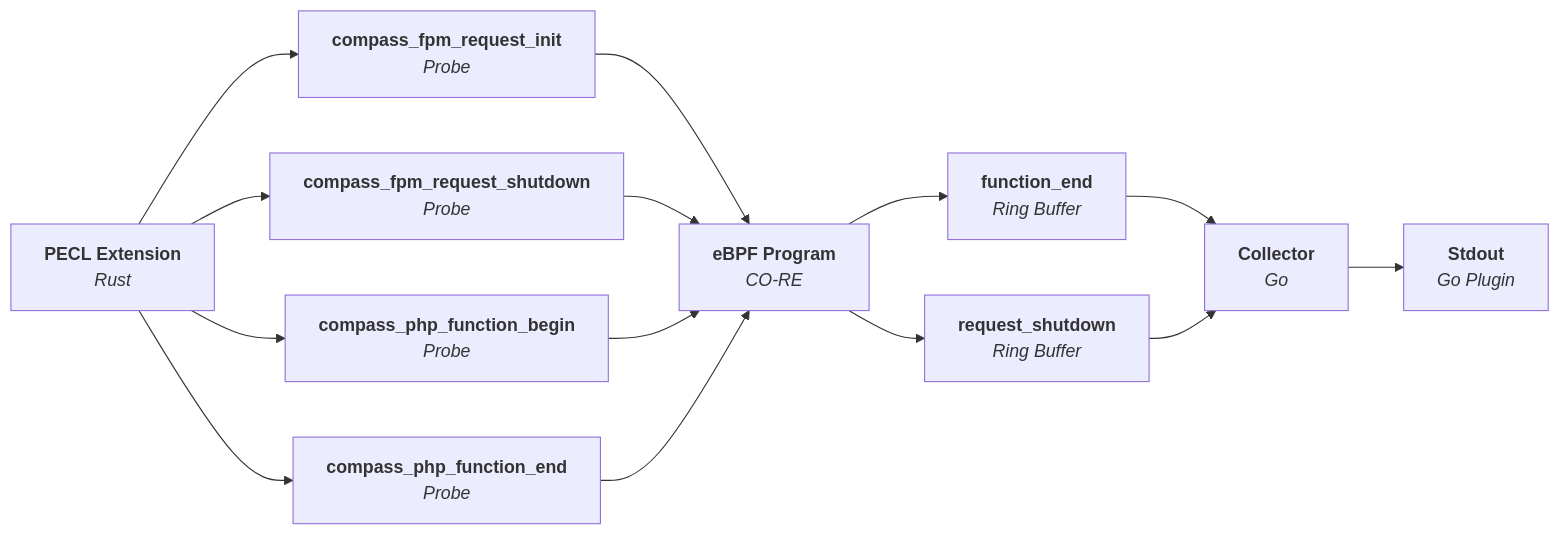
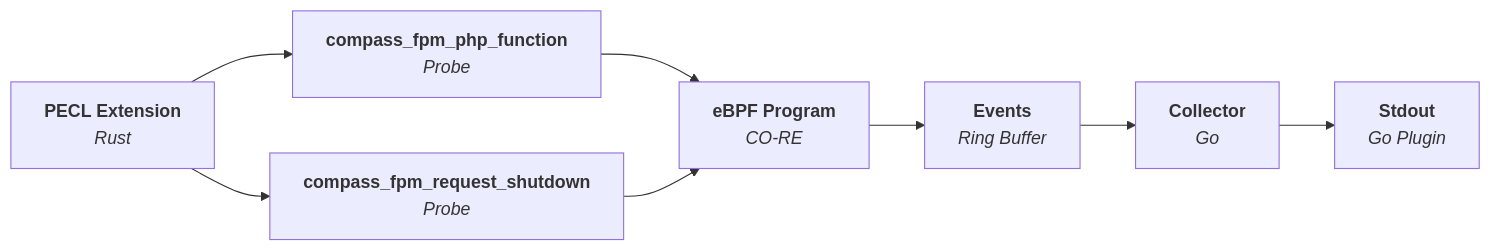
One commit to skpr/compass changed the diagram in README.md. Above: the diagram before and after it, drawn with Mermaid.

````diff
--- a/README.md
+++ b/README.md
@@ -14,20 +14,14 @@
 ```mermaid
 flowchart LR
-   Extension[<b>PECL Extension</b>\n<i>Rust</i>] --> compass_fpm_request_init[<b>compass_fpm_request_init</b>\n<i>Probe</i>]
+   Extension[<b>PECL Extension</b>\n<i>Rust</i>] --> compass_fpm_php_function[<b>compass_fpm_php_function</b>\n<i>Probe</i>]
    Extension --> compass_fpm_request_shutdown[<b>compass_fpm_request_shutdown</b>\n<i>Probe</i>]
-   Extension --> compass_php_function_begin[<b>compass_php_function_begin</b>\n<i>Probe</i>]
-   Extension --> compass_php_function_end[<b>compass_php_function_end</b>\n<i>Probe</i>]
 
-   compass_fpm_request_init --> eBPF[<b>eBPF Program</b>\n<i>CO-RE</i>]
+   compass_fpm_php_function --> eBPF[<b>eBPF Program</b>\n<i>CO-RE</i>]
    compass_fpm_request_shutdown --> eBPF
-   compass_php_function_begin --> eBPF
-   compass_php_function_end --> eBPF
 
-   eBPF --> function_end[<b>function_end</b>\n<i>Ring Buffer</i>]
-   eBPF --> request_shutdown[<b>request_shutdown</b>\n<i>Ring Buffer</i>]
+   eBPF --> Events[<b>Events</b>\n<i>Ring Buffer</i>]
 
-   function_end --> Collector[<b>Collector</b>\n<i>Go</i>]
-   request_shutdown --> Collector
+   Events --> Collector[<b>Collector</b>\n<i>Go</i>]
 
    Collector --> Stdout[<b>Stdout</b>\n<i>Go Plugin</i>]
 ```
````
